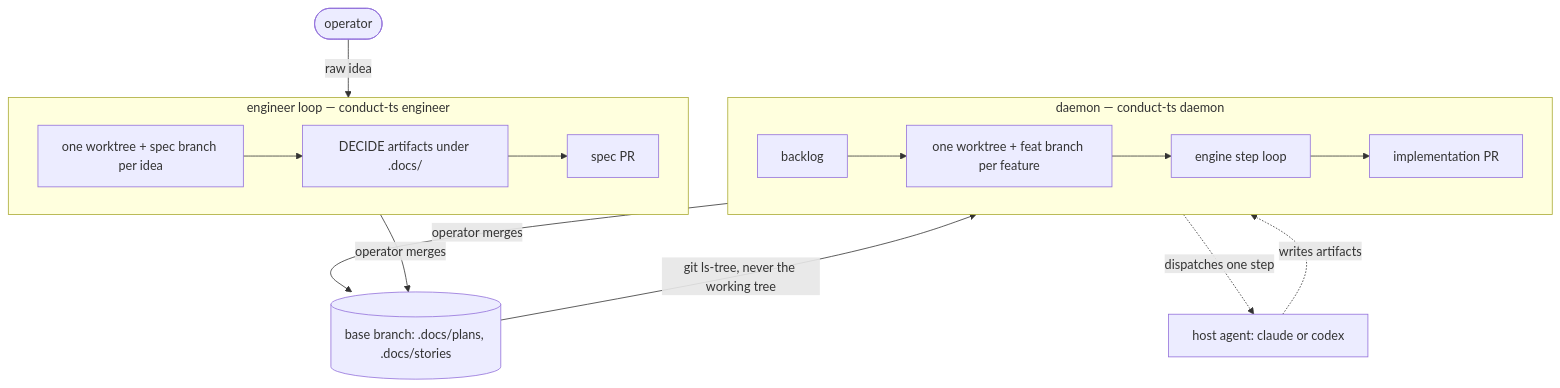
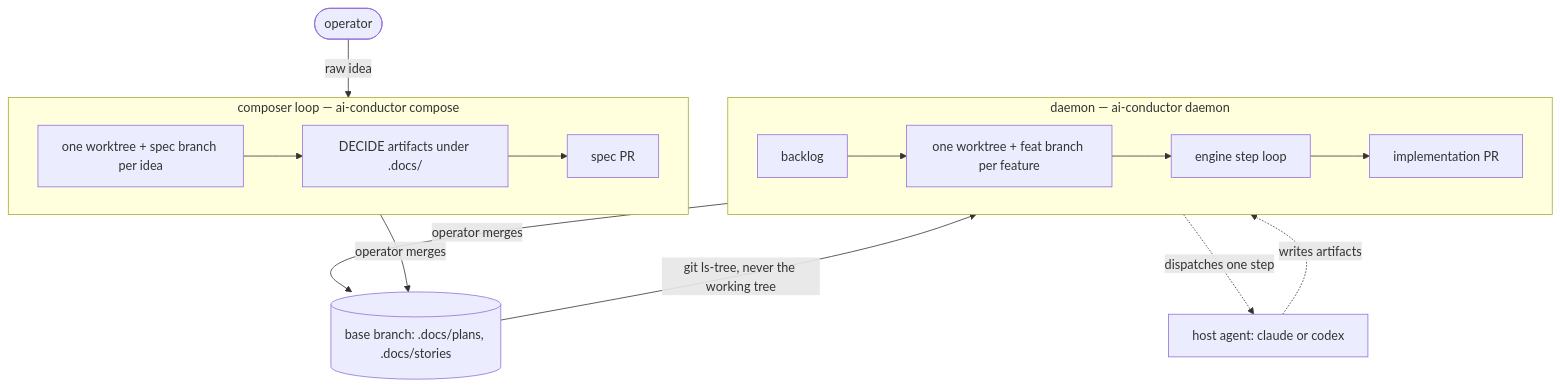
The diagram in docs/assets/diagrams/architecture-loops.mmd (jstoup111/ai-conductor), drawn with Mermaid before and after one commit. The commit also changed 31 other files, not shown here.

```diff
--- a/docs/assets/diagrams/architecture-loops.mmd
+++ b/docs/assets/diagrams/architecture-loops.mmd
@@ -1,15 +1,15 @@
 flowchart TB
-  subgraph E["engineer loop — conduct-ts engineer"]
+  subgraph E["composer loop — ai-conductor compose"]
     direction LR
     E1["one worktree + spec branch per idea"] --> E2["DECIDE artifacts under .docs/"] --> E3["spec PR"]
   end
-  subgraph D["daemon — conduct-ts daemon"]
+  subgraph D["daemon — ai-conductor daemon"]
     direction LR
     D1["backlog"] --> D2["one worktree + feat branch per feature"] --> D3["engine step loop"] --> D4["implementation PR"]
   end
   op(["operator"]) -->|raw idea| E1
   E3 -->|operator merges| BASE[("base branch: .docs/plans, .docs/stories")]
   BASE -->|git ls-tree, never the working tree| D1
   D4 -->|operator merges| BASE
   D3 -.->|dispatches one step| HOST["host agent: claude or codex"]
   HOST -.->|writes artifacts| D3
```
